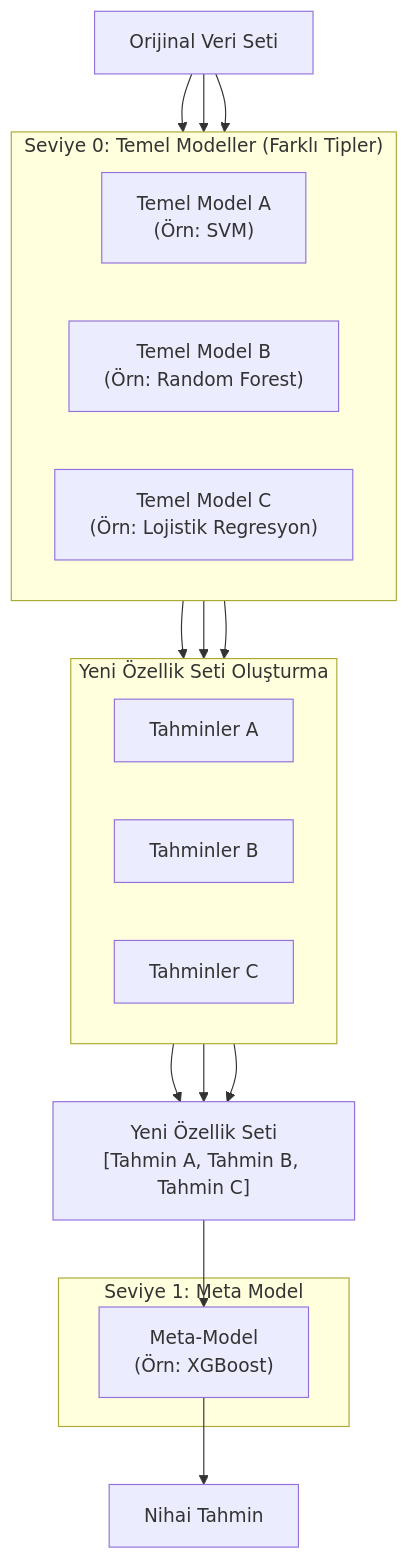
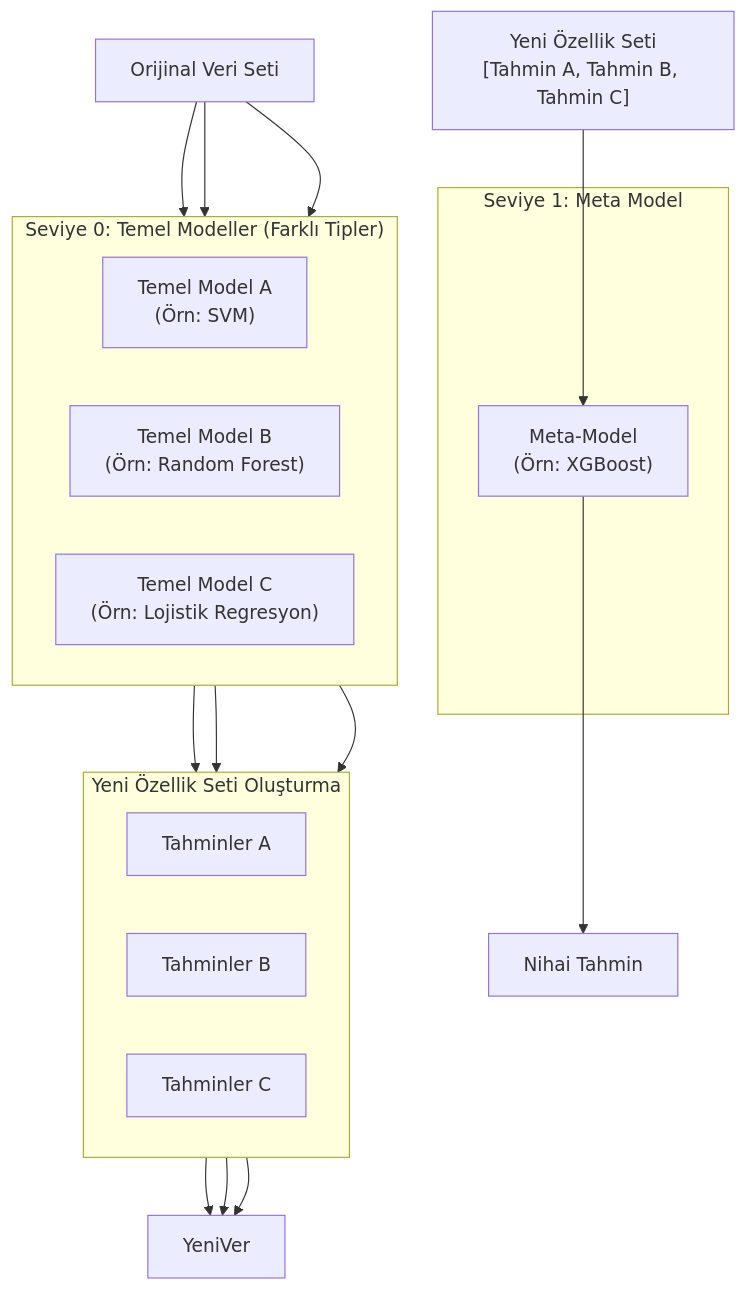
One commit to erkanozhan/machinelearning changed the eighth of 8 diagrams in Ders_Notu.md. Above: the diagram before and after it, drawn with Mermaid. The commit also changed other lines of this file, not shown here.

````diff
--- a/Ders_Notu.md
+++ b/Ders_Notu.md
@@ -1583,40 +1585,40 @@
 ```mermaid
 graph TD
     A["Orijinal Veri Seti"]
 
     subgraph "Seviye 0: Temel Modeller (Farklı Tipler)"
         direction LR
         M1["Temel Model A<br/>(Örn: SVM)"]
         M2["Temel Model B<br/>(Örn: Random Forest)"]
         M3["Temel Model C<br/>(Örn: Lojistik Regresyon)"]
     end
 
     A --> M1
     A --> M2
     A --> M3
 
     subgraph "Yeni Özellik Seti Oluşturma"
         direction LR
         P1["Tahminler A"]
         P2["Tahminler B"]
         P3["Tahminler C"]
     end
 
     M1 --> P1
     M2 --> P2
     M3 --> P3
 
     YeniVeri["Yeni Özellik Seti<br/>[Tahmin A, Tahmin B, Tahmin C]"]
 
-    P1 & P2 & P3 --> YeniVeri
+    P1 & P2 & P3 --> YeniVer
 
     subgraph "Seviye 1: Meta Model"
         Meta["Meta-Model<br/>(Örn: XGBoost)"]
     end
 
     YeniVeri --> Meta
 
     Final["Nihai Tahmin"]
 
     Meta --> Final
 ```
````
